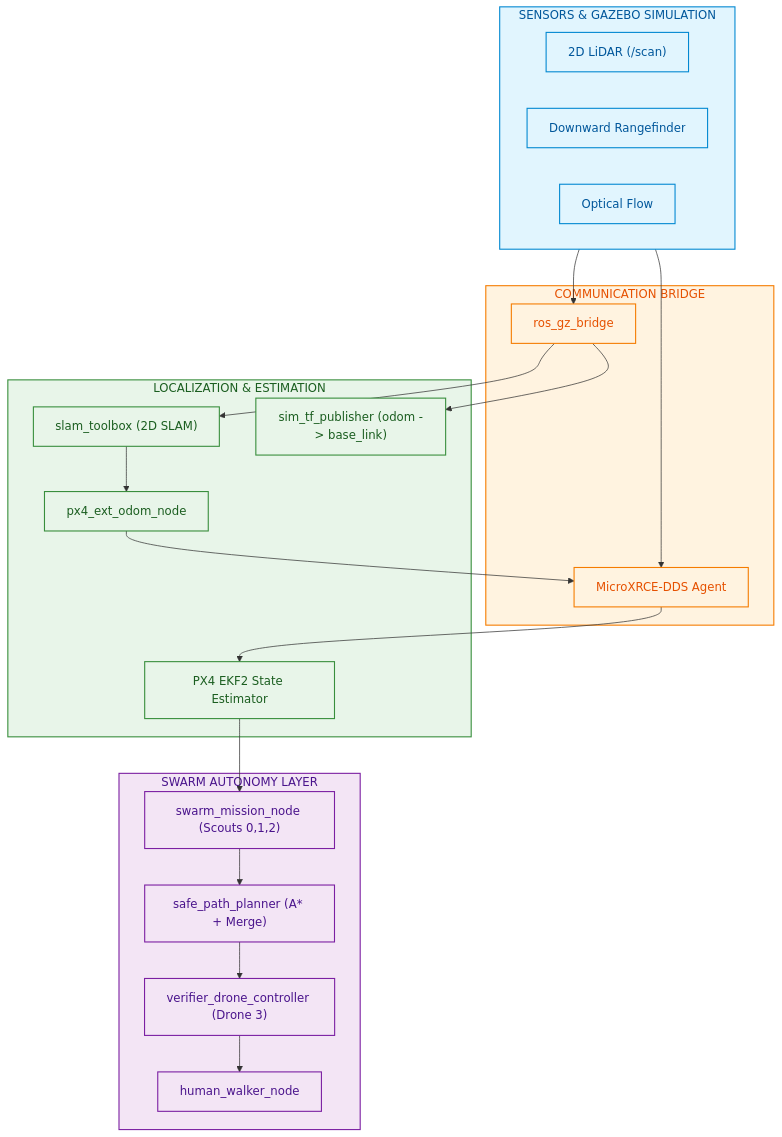
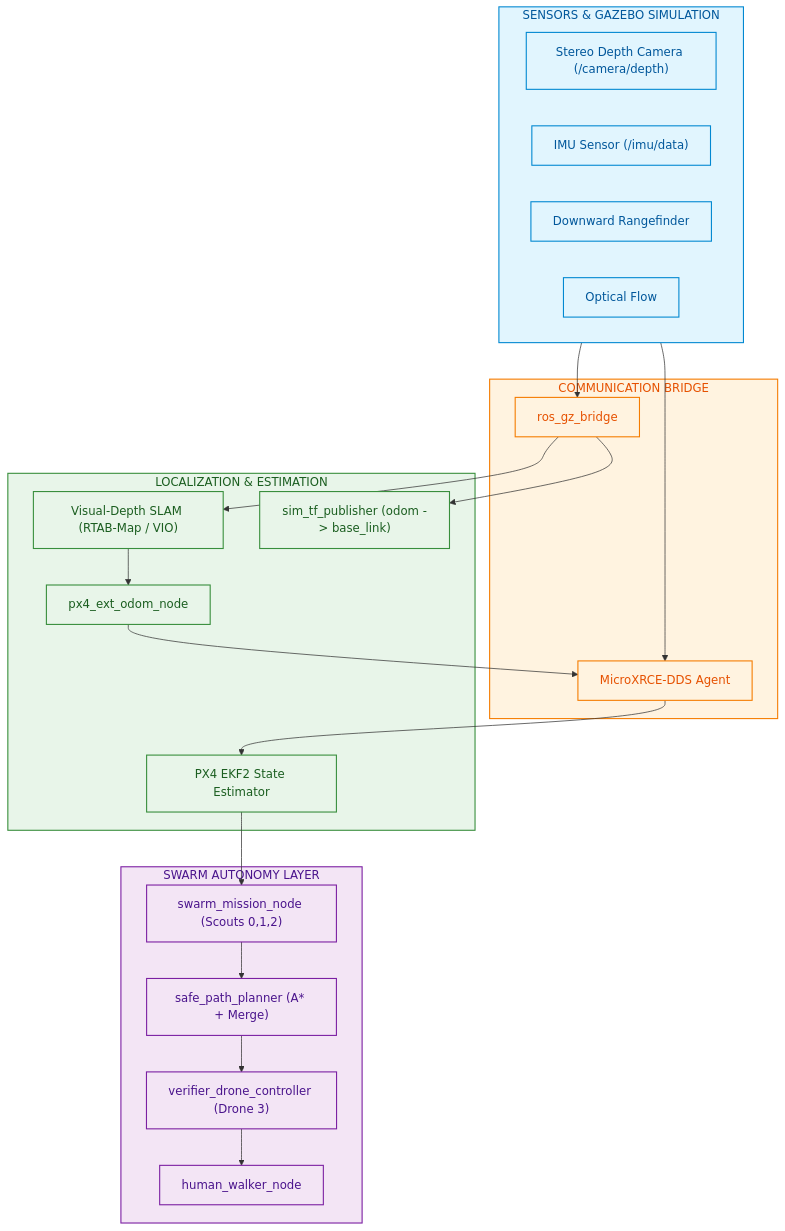
Before and after one commit to AnuragGupta181/drone-mine-detection: the diagram in slam_architecture.md, drawn with Mermaid. The commit also changed other lines of this file and 4 other files, not shown here.

````diff
--- a/slam_architecture.md
+++ b/slam_architecture.md
@@ -11,50 +11,51 @@
 ```mermaid
 flowchart TD
     %% Subtle Color Styling
     classDef sensors fill:#e1f5fe,stroke:#0288d1,stroke-width:1.5px,color:#01579b;
     classDef bridge fill:#fff3e0,stroke:#f57c00,stroke-width:1.5px,color:#e65100;
     classDef est fill:#e8f5e9,stroke:#388e3c,stroke-width:1.5px,color:#1b5e20;
     classDef autonomy fill:#f3e5f5,stroke:#7b1fa2,stroke-width:1.5px,color:#4a148c;
 
     subgraph Sensors["SENSORS & GAZEBO SIMULATION"]
-        Lidar["2D LiDAR (/scan)"]
+        StereoCam["Stereo Depth Camera (/camera/depth)"]
+        IMU["IMU Sensor (/imu/data)"]
         Range["Downward Rangefinder"]
         OF["Optical Flow"]
     end
 
     subgraph Middleware["COMMUNICATION BRIDGE"]
         GZBridge["ros_gz_bridge"]
         XRCE["MicroXRCE-DDS Agent"]
     end
 
     subgraph Localization["LOCALIZATION & ESTIMATION"]
-        SLAM["slam_toolbox (2D SLAM)"]
+        VSLAM["Visual-Depth SLAM (RTAB-Map / VIO)"]
         TFPub["sim_tf_publisher (odom -> base_link)"]
         ExtOdom["px4_ext_odom_node"]
         EKF2["PX4 EKF2 State Estimator"]
     end
 
     subgraph Autonomy["SWARM AUTONOMY LAYER"]
         SwarmNode["swarm_mission_node (Scouts 0,1,2)"]
         PathPlanner["safe_path_planner (A* + Merge)"]
         Verifier["verifier_drone_controller (Drone 3)"]
         Walker["human_walker_node"]
     end
 
     Sensors --> GZBridge
     Sensors --> XRCE
-    GZBridge --> SLAM
+    GZBridge --> VSLAM
     GZBridge --> TFPub
-    SLAM --> ExtOdom
+    VSLAM --> ExtOdom
     ExtOdom --> XRCE
     XRCE --> EKF2
     EKF2 --> SwarmNode
     SwarmNode --> PathPlanner
     PathPlanner --> Verifier
     Verifier --> Walker
 
-    class Sensors,Lidar,Range,OF sensors;
+    class Sensors,StereoCam,IMU,Range,OF sensors;
     class Middleware,GZBridge,XRCE bridge;
-    class Localization,SLAM,TFPub,ExtOdom,EKF2 est;
+    class Localization,VSLAM,TFPub,ExtOdom,EKF2 est;
     class Autonomy,SwarmNode,PathPlanner,Verifier,Walker autonomy;
 ```
````
